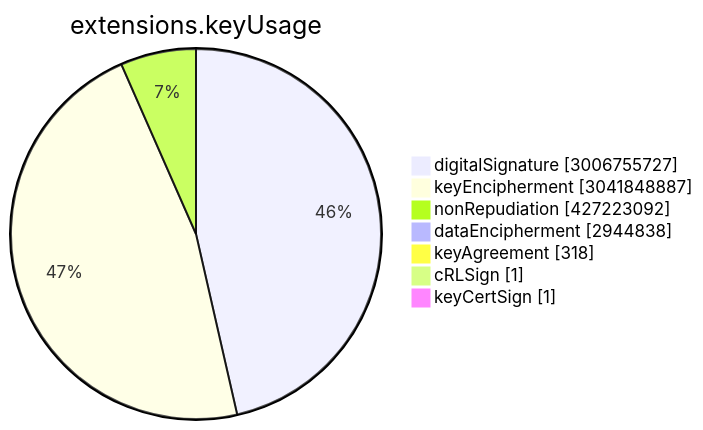
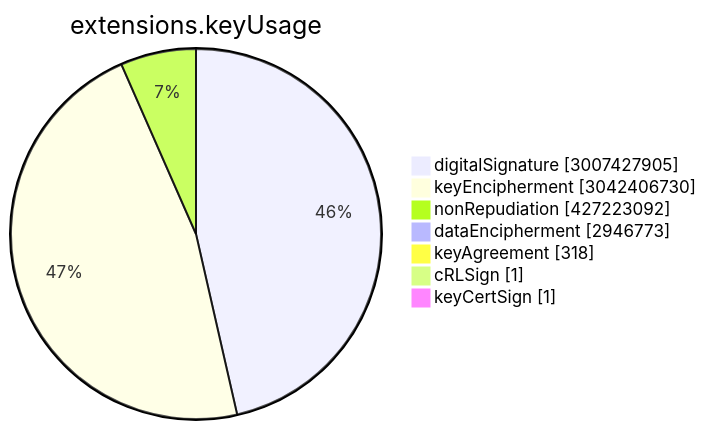
Before and after one commit to christiankrug/ctmonitor_visualization: the sixth of 15 diagrams in TOTAL/README.md, drawn with Mermaid. The commit also changed other lines of this file, not shown here.

````diff
--- a/TOTAL/README.md
+++ b/TOTAL/README.md
@@ -3074,11 +3074,11 @@
 ```mermaid
 pie showData
 title extensions.keyUsage
-"digitalSignature" :3006755727
-"keyEncipherment" :3041848887
+"digitalSignature" :3007427905
+"keyEncipherment" :3042406730
 "nonRepudiation" :427223092
-"dataEncipherment" :2944838
+"dataEncipherment" :2946773
 "keyAgreement" :318
 "cRLSign" :1
 "keyCertSign" :1
 ```
````
